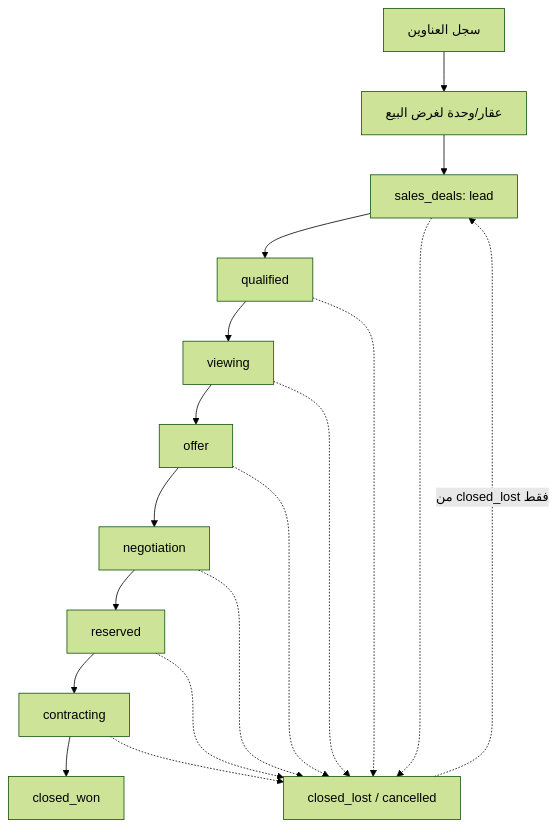
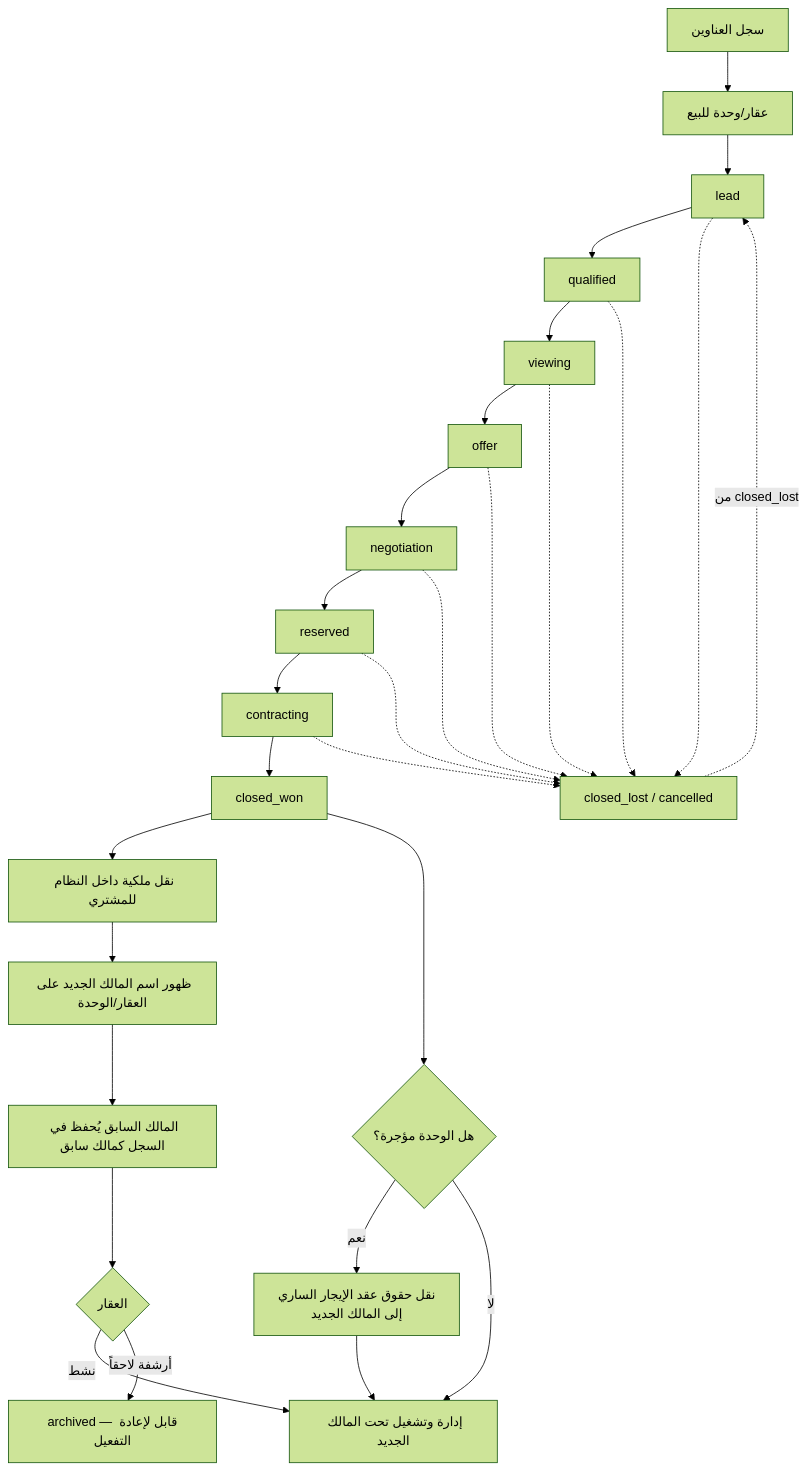
Before and after one commit to ainoamn/BHD-R: the second of 3 diagrams in docs/implementation/TRANSACTION-FLOW-MAP.md, drawn with Mermaid (forest theme). The commit also changed other lines of this file and 4 other files, not shown here.

````diff
--- a/docs/implementation/TRANSACTION-FLOW-MAP.md
+++ b/docs/implementation/TRANSACTION-FLOW-MAP.md
@@ -62,20 +83,33 @@
 ```mermaid
 flowchart TD
-  A[سجل العناوين] --> B[عقار/وحدة لغرض البيع]
-  B --> C[sales_deals: lead]
+  A[سجل العناوين] --> B[عقار/وحدة للبيع]
+  B --> C[lead]
   C --> D[qualified]
   D --> E[viewing]
   E --> F[offer]
   F --> G[negotiation]
   G --> H[reserved]
   H --> I[contracting]
   I --> J[closed_won]
+
+  J --> OWN1[نقل ملكية داخل النظام للمشتري]
+  OWN1 --> OWN2[ظهور اسم المالك الجديد على العقار/الوحدة]
+  OWN2 --> OWN3[المالك السابق يُحفظ في السجل كمالك سابق]
+  OWN3 --> OWN4{العقار}
+  OWN4 -->|نشط| OWN5[إدارة وتشغيل تحت المالك الجديد]
+  OWN4 -->|أرشفة لاحقاً| OWN6[archived — قابل لإعادة التفعيل]
+
+  J --> LEASE{هل الوحدة مؤجرة؟}
+  LEASE -->|نعم| TR[نقل حقوق عقد الإيجار الساري<br/>إلى المالك الجديد]
+  LEASE -->|لا| OWN5
+  TR --> OWN5
+
   C -.-> X[closed_lost / cancelled]
   D -.-> X
   E -.-> X
   F -.-> X
   G -.-> X
   H -.-> X
   I -.-> X
-  X -.->|من closed_lost فقط| C
+  X -.->|من closed_lost| C
 ```
````
